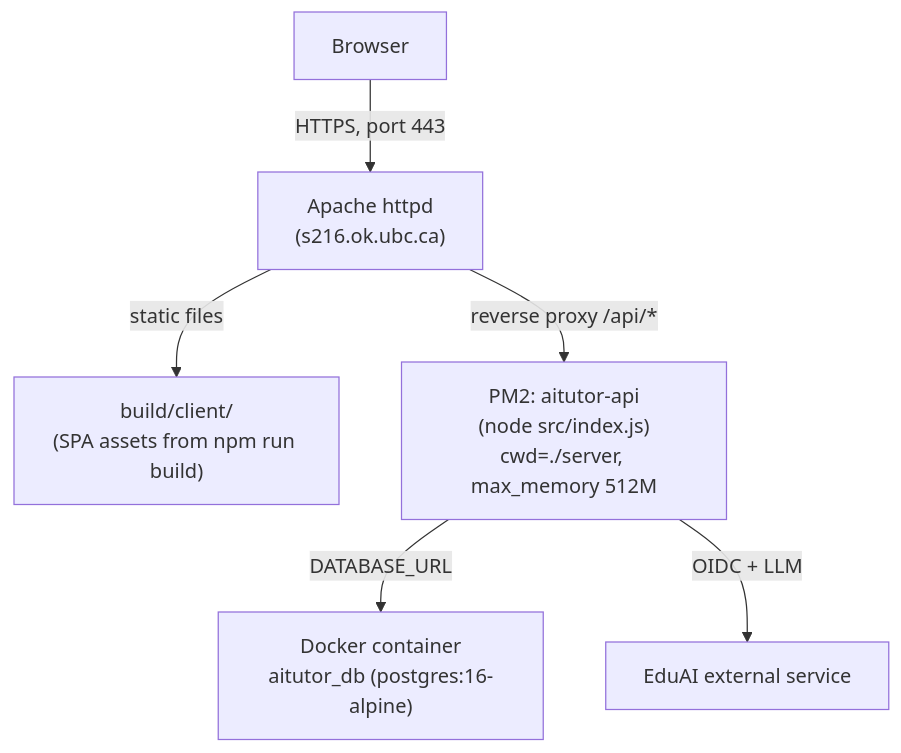
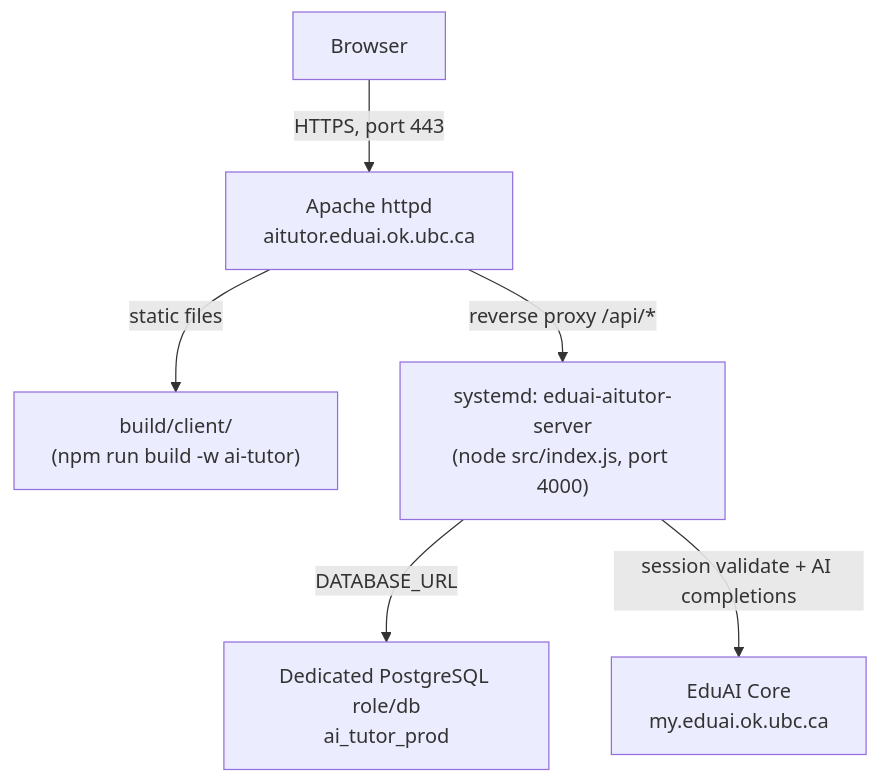
The diagram in apps/extensions/ai-tutor/docs/DEPLOYMENT.md (EduAI-Lab/EduAI), drawn with Mermaid before and after one commit. The commit also changed other lines of this file and 10 other files, not shown here.

````diff
--- a/apps/extensions/ai-tutor/docs/DEPLOYMENT.md
+++ b/apps/extensions/ai-tutor/docs/DEPLOYMENT.md
@@ -18,8 +41,8 @@
 ```mermaid
 flowchart TD
-    Client[Browser] -->|"HTTPS, port 443"| Apache["Apache httpd<br/>(s216.ok.ubc.ca)"]
-    Apache -->|"static files"| SPA["build/client/<br/>(SPA assets from npm run build)"]
-    Apache -->|"reverse proxy /api/*"| PM2["PM2: aitutor-api<br/>(node src/index.js)<br/>cwd=./server, max_memory 512M"]
-    PM2 -->|"DATABASE_URL"| Docker["Docker container<br/>aitutor_db (postgres:16-alpine)"]
-    PM2 -->|"OIDC + LLM"| EduAI["EduAI external service"]
+    Client[Browser] -->|"HTTPS, port 443"| Apache["Apache httpd<br/>aitutor.eduai.ok.ubc.ca"]
+    Apache -->|"static files"| SPA["build/client/<br/>(npm run build -w ai-tutor)"]
+    Apache -->|"reverse proxy /api/*"| Systemd["systemd: eduai-aitutor-server<br/>(node src/index.js, port 4000)"]
+    Systemd -->|"DATABASE_URL"| DB["Dedicated PostgreSQL role/db<br/>ai_tutor_prod"]
+    Systemd -->|"session validate + AI completions"| Core["EduAI Core<br/>my.eduai.ok.ubc.ca"]
 ```
````
